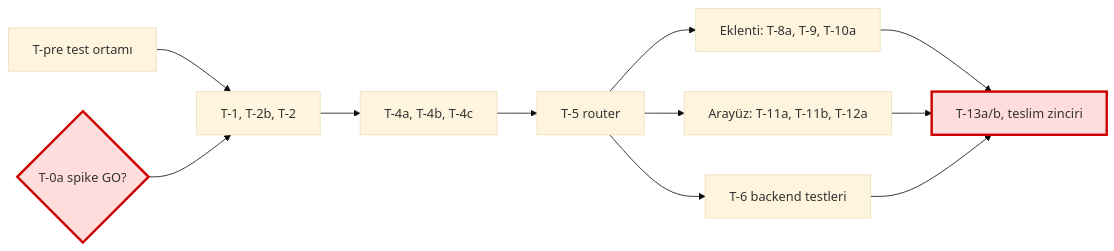
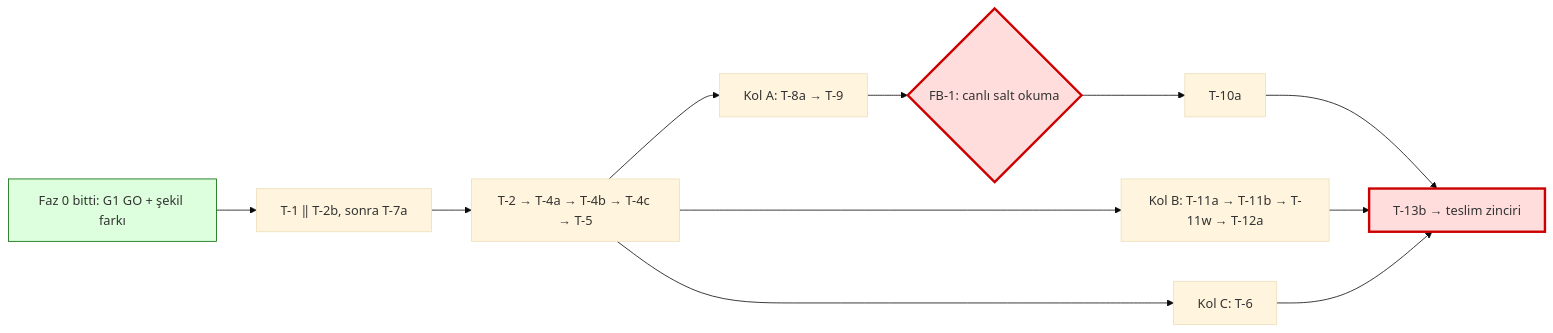
Before and after one commit to GktuOktay/InstaAnalytic: the diagram in docs/plan/SPEC-001-uygulama-plani.md, drawn with Mermaid (base theme). The commit also changed other lines of this file, not shown here.

````diff
--- a/docs/plan/SPEC-001-uygulama-plani.md
+++ b/docs/plan/SPEC-001-uygulama-plani.md
@@ -18,15 +59,16 @@
 ```mermaid
 flowchart LR
-  A[T-pre test ortamı] --> C
-  B{T-0a spike GO?} --> C[T-1, T-2b, T-2]
-  C --> E[T-4a, T-4b, T-4c]
-  E --> F[T-5 router]
-  F --> G[Eklenti: T-8a, T-9, T-10a]
-  F --> H[Arayüz: T-11a, T-11b, T-12a]
-  F --> I[T-6 backend testleri]
-  G --> J[T-13a/b, teslim zinciri]
-  H --> J
-  I --> J
-  style B fill:#fdd,stroke:#c00,stroke-width:3px
+  A[Faz 0 bitti: G1 GO + şekil farkı] --> B[T-1 ‖ T-2b, sonra T-7a]
+  B --> C[T-2 → T-4a → T-4b → T-4c → T-5]
+  C --> E[Kol A: T-8a → T-9]
+  C --> F[Kol B: T-11a → T-11b → T-11w → T-12a]
+  C --> G[Kol C: T-6]
+  E --> H{FB-1: canlı salt okuma}
+  H --> I[T-10a]
+  I --> J[T-13b → teslim zinciri]
+  F --> J
+  G --> J
+  style A fill:#dfd,stroke:#060
+  style H fill:#fdd,stroke:#c00,stroke-width:3px
   style J fill:#fdd,stroke:#c00,stroke-width:3px
 ```
````
